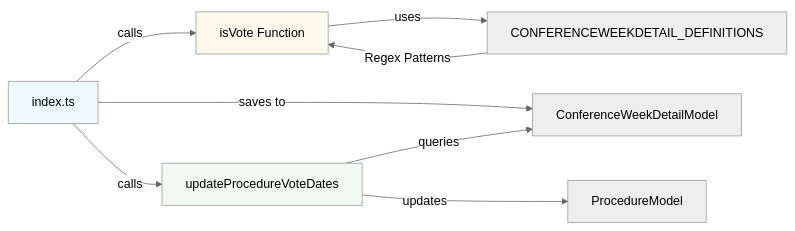
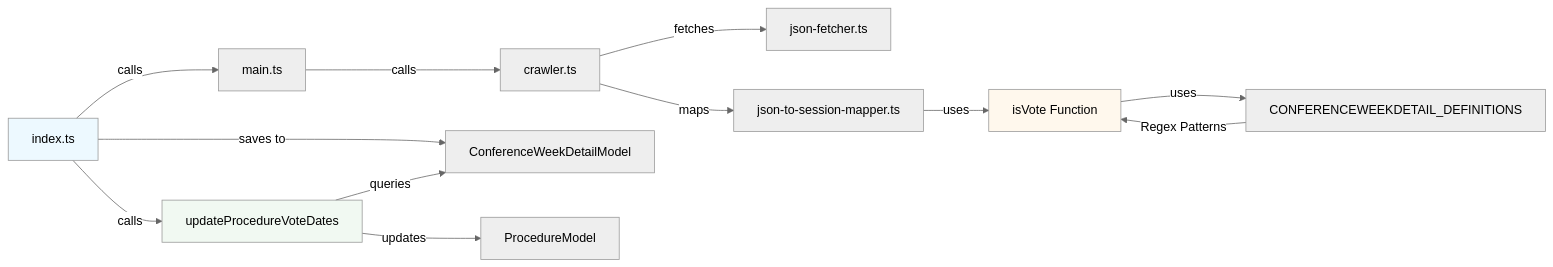
Before and after one commit to demokratie-live/democracy-development: the second of 5 diagrams in services/cron-jobs/import-conference-week-details/docs/votedate-flow.md, drawn with Mermaid (neutral theme). The commit also changed other lines of this file and 19 other files, not shown here.

First line of the commit message:
feat: Implement JSON fetching and mapping for conference week details

````diff
--- a/services/cron-jobs/import-conference-week-details/docs/votedate-flow.md
+++ b/services/cron-jobs/import-conference-week-details/docs/votedate-flow.md
@@ -85,14 +90,18 @@
 ```mermaid
 graph LR
-    A[index.ts] -->|calls| B[isVote Function]
-    A -->|saves to| C[ConferenceWeekDetailModel]
-    A -->|calls| D[updateProcedureVoteDates]
-    D -->|queries| C
-    D -->|updates| E[ProcedureModel]
-    B -->|uses| F[CONFERENCEWEEKDETAIL_DEFINITIONS]
-    F -->|Regex Patterns| B
+    A[index.ts] -->|calls| B[main.ts]
+    B -->|calls| C[crawler.ts]
+    C -->|fetches| D[json-fetcher.ts]
+    C -->|maps| E[json-to-session-mapper.ts]
+    E -->|uses| F[isVote Function]
+    A -->|saves to| G[ConferenceWeekDetailModel]
+    A -->|calls| H[updateProcedureVoteDates]
+    H -->|queries| G
+    H -->|updates| I[ProcedureModel]
+    F -->|uses| J[CONFERENCEWEEKDETAIL_DEFINITIONS]
+    J -->|Regex Patterns| F
 
     style A fill:#e1f5ff99
-    style B fill:#fff4e199
-    style D fill:#e8f5e999
+    style F fill:#fff4e199
+    style H fill:#e8f5e999
 ```
````
